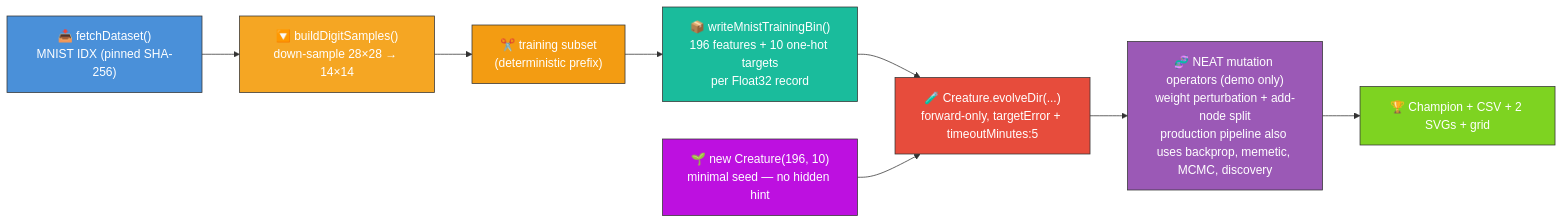
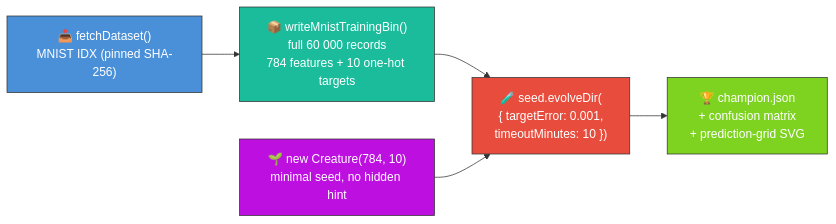
One commit to stSoftwareAU/NEAT-AI-Examples changed the diagram in mnist_classification/README.md. Above: the diagram before and after it, drawn with Mermaid. The commit also changed other lines of this file and 9 other files, not shown here.

````diff
--- a/mnist_classification/README.md
+++ b/mnist_classification/README.md
@@ -20,23 +15,16 @@
 ```mermaid
 flowchart LR
     DL["📥 fetchDataset()<br/>MNIST IDX (pinned SHA-256)"]
-    SAMPLES["🔽 buildDigitSamples()<br/>down-sample 28×28 → 14×14"]
-    SUBSET["✂️ training subset<br/>(deterministic prefix)"]
-    BIN["📦 writeMnistTrainingBin()<br/>196 features + 10 one-hot targets<br/>per Float32 record"]
-    SEED["🌱 new Creature(196, 10)<br/>minimal seed — no hidden hint"]
-    EVOLVE["🧪 Creature.evolveDir(...)<br/>forward-only, targetError + timeoutMinutes:5"]
-    MUT["🧬 NEAT mutation operators (demo only)<br/>weight perturbation + add-node split<br/>production pipeline also uses backprop, memetic, MCMC, discovery"]
-    OUT["🏆 Champion + CSV + 2 SVGs + grid"]
-    DL --> SAMPLES --> SUBSET --> BIN --> EVOLVE
-    SEED --> EVOLVE
-    EVOLVE --> MUT --> OUT
+    BIN["📦 writeMnistTrainingBin()<br/>full 60 000 records<br/>784 features + 10 one-hot targets"]
+    SEED["🌱 new Creature(784, 10)<br/>minimal seed, no hidden hint"]
+    EVOLVE["🧪 seed.evolveDir(<br/>{ targetError: 0.001,<br/>  timeoutMinutes: 10 })"]
+    OUT["🏆 champion.json<br/>+ confusion matrix<br/>+ prediction-grid SVG"]
+    DL --> BIN --> EVOLVE
+    SEED --> EVOLVE --> OUT
 
     style DL fill:#4a90d9,stroke:#333,color:#fff
-    style SAMPLES fill:#f5a623,stroke:#333,color:#fff
-    style SUBSET fill:#f39c12,stroke:#333,color:#fff
     style BIN fill:#1abc9c,stroke:#333,color:#fff
     style SEED fill:#bd10e0,stroke:#333,color:#fff
     style EVOLVE fill:#e74c3c,stroke:#333,color:#fff
-    style MUT fill:#9b59b6,stroke:#333,color:#fff
     style OUT fill:#7ed321,stroke:#333,color:#fff
 ```
````
